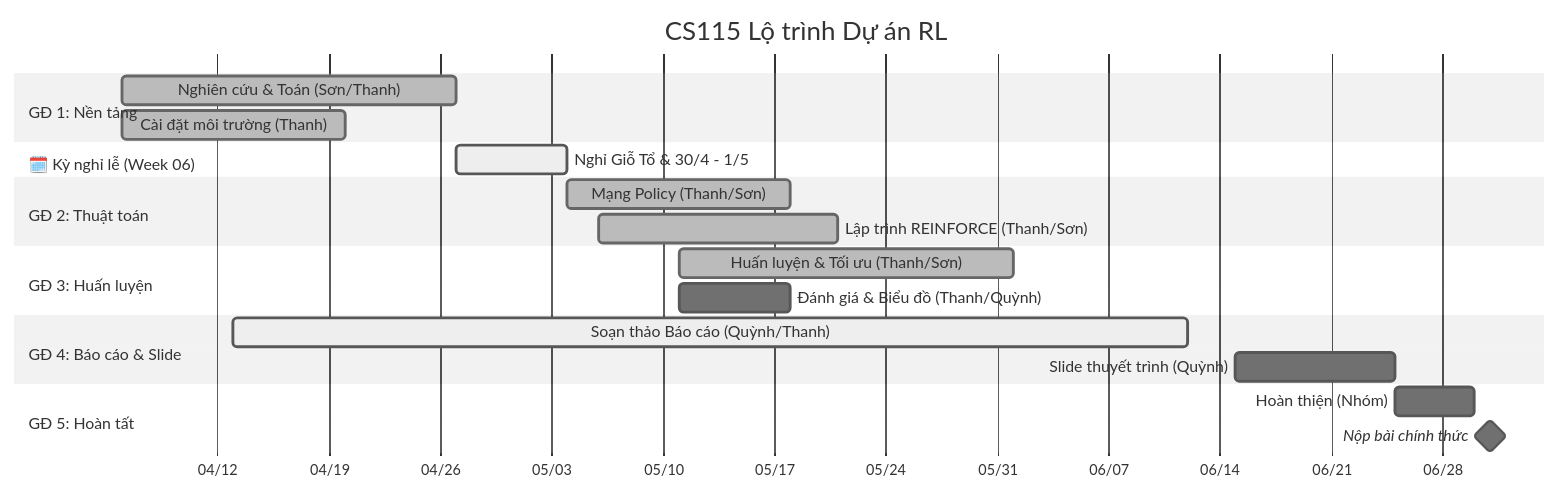
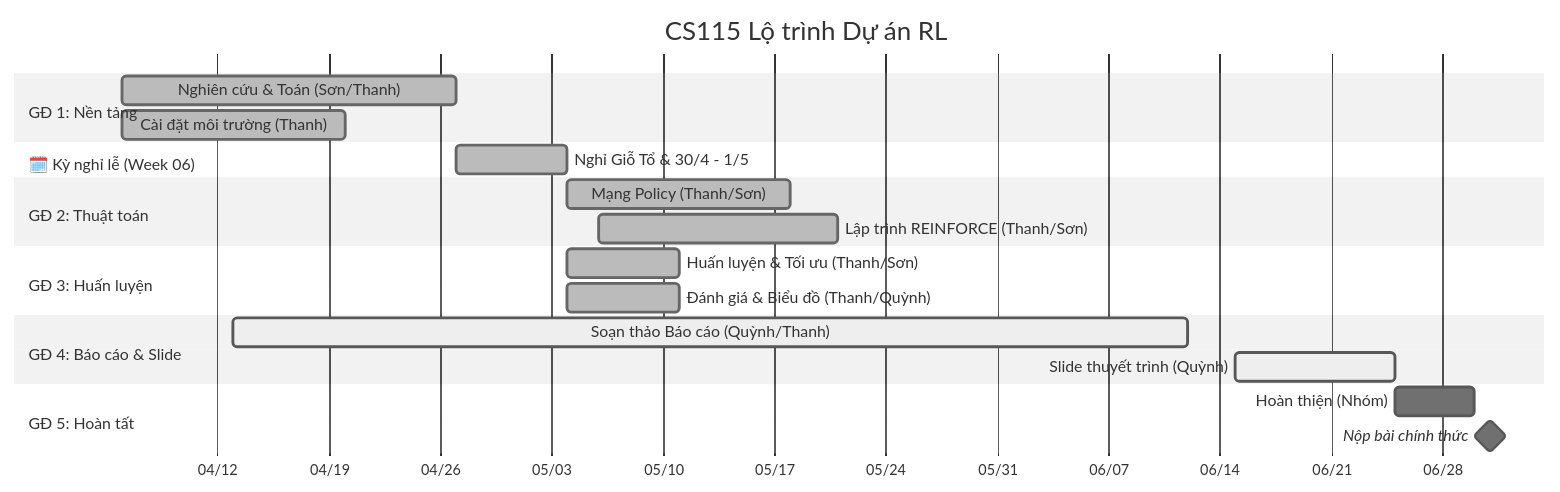
Before and after one commit to uit-25730067-chithanh/CS115-Team05-PG: the diagram in docs/project-roadmap.md, drawn with Mermaid (neutral theme). The commit also changed other lines of this file and 5 other files, not shown here.

````diff
--- a/docs/project-roadmap.md
+++ b/docs/project-roadmap.md
@@ -7,30 +7,30 @@
 ```mermaid
 gantt
     title CS115 Lộ trình Dự án RL
     dateFormat  YYYY-MM-DD
     tickInterval 1w
     axisFormat  %m/%d
 
     section GĐ 1: Nền tảng
     Nghiên cứu & Toán (Sơn/Thanh)     :done, des1, 2026-04-06, 21d
     Cài đặt môi trường (Thanh)        :done, des2, 2026-04-06, 14d
 
     section 🗓️ Kỳ nghỉ lễ (Week 06)
-    Nghỉ Giỗ Tổ & 30/4 - 1/5          :active, holiday, 2026-04-27, 7d
+    Nghỉ Giỗ Tổ & 30/4 - 1/5          :done, holiday, 2026-04-27, 7d
 
     section GĐ 2: Thuật toán
     Mạng Policy (Thanh/Sơn)           :done, des3, 2026-05-04, 14d
     Lập trình REINFORCE (Thanh/Sơn)   :done, des4, 2026-05-06, 15d
 
     section GĐ 3: Huấn luyện
-    Huấn luyện & Tối ưu (Thanh/Sơn)   :done, des5, 2026-05-11, 21d
-    Đánh giá & Biểu đồ (Thanh/Quỳnh)  :des6, 2026-05-11, 7d
+    Huấn luyện & Tối ưu (Thanh/Sơn)   :done, des5, 2026-05-04, 7d
+    Đánh giá & Biểu đồ (Thanh/Quỳnh)  :done, des6, 2026-05-04, 7d
 
     section GĐ 4: Báo cáo & Slide
     Soạn thảo Báo cáo (Quỳnh/Thanh)   :active, des7, 2026-04-13, 60d
-    Slide thuyết trình (Quỳnh)        :des8, 2026-06-15, 10d
+    Slide thuyết trình (Quỳnh)        :active, des8, 2026-06-15, 10d
 
     section GĐ 5: Hoàn tất
     Hoàn thiện (Nhóm)                 :des9, 2026-06-25, 5d
     Nộp bài chính thức                :milestone, des10, 2026-07-01, 0d
 ```
````
